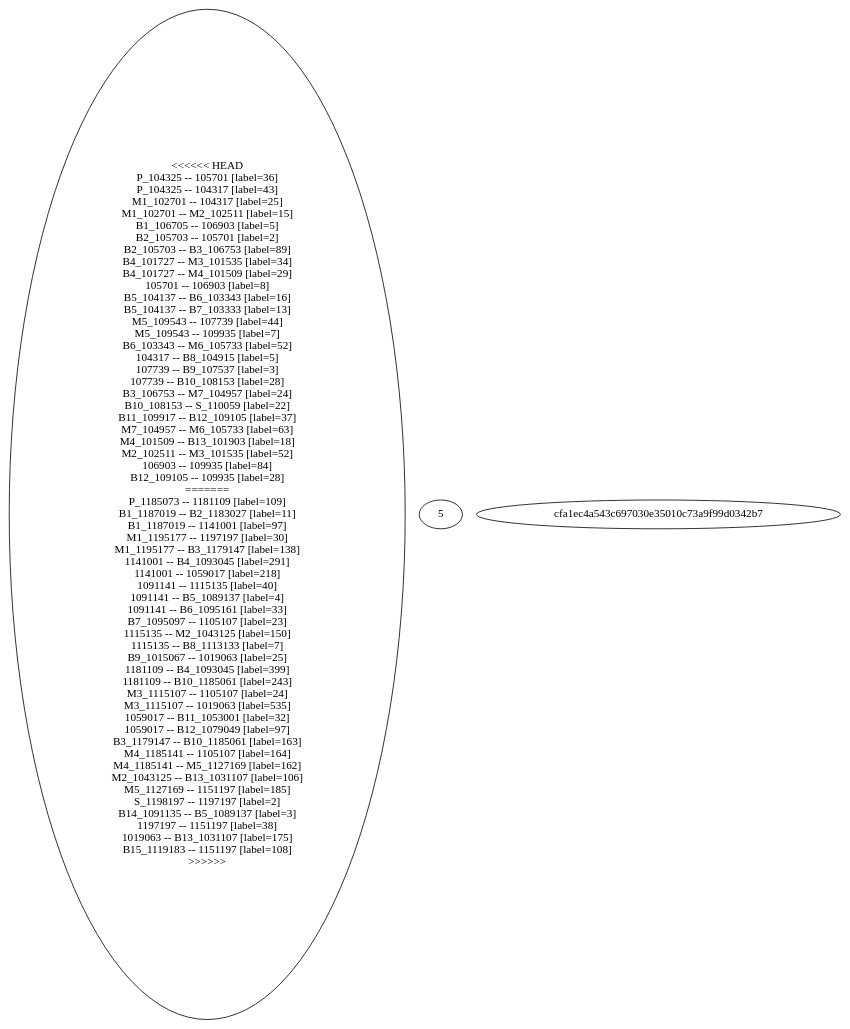
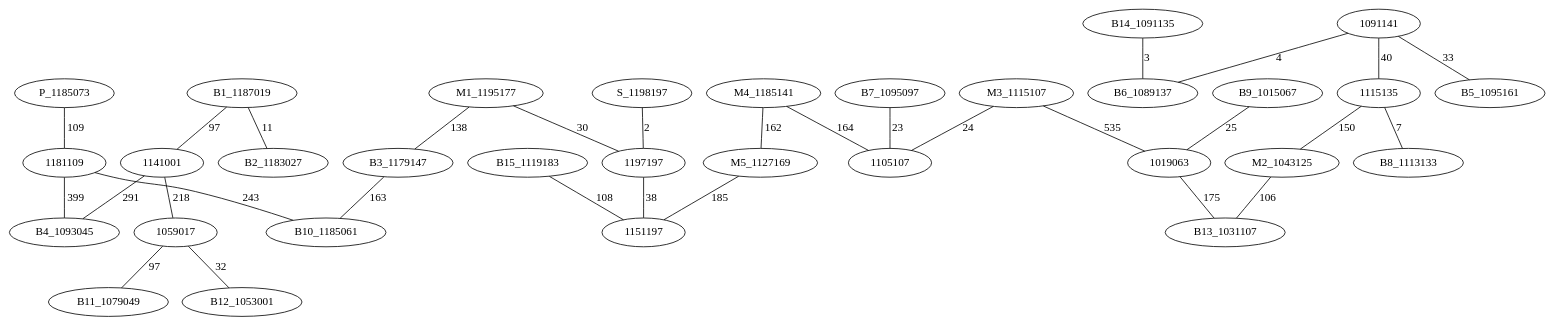
Before and after one commit to AsmNoob/Labyrinthe: the diagram in Graph.dot, drawn with Graphviz. The commit also changed 4 other files, not shown here.

```diff
--- a/Graph.dot
+++ b/Graph.dot
@@ -1,63 +1,34 @@
 graph chemin {
 
-<<<<<<< HEAD
-	P_104325 -- 105701 [label=36]
-	P_104325 -- 104317 [label=43]
-	M1_102701 -- 104317 [label=25]
-	M1_102701 -- M2_102511 [label=15]
-	B1_106705 -- 106903 [label=5]
-	B2_105703 -- 105701 [label=2]
-	B2_105703 -- B3_106753 [label=89]
-	B4_101727 -- M3_101535 [label=34]
-	B4_101727 -- M4_101509 [label=29]
-	105701 -- 106903 [label=8]
-	B5_104137 -- B6_103343 [label=16]
-	B5_104137 -- B7_103333 [label=13]
-	M5_109543 -- 107739 [label=44]
-	M5_109543 -- 109935 [label=7]
-	B6_103343 -- M6_105733 [label=52]
-	104317 -- B8_104915 [label=5]
-	107739 -- B9_107537 [label=3]
-	107739 -- B10_108153 [label=28]
-	B3_106753 -- M7_104957 [label=24]
-	B10_108153 -- S_110059 [label=22]
-	B11_109917 -- B12_109105 [label=37]
-	M7_104957 -- M6_105733 [label=63]
-	M4_101509 -- B13_101903 [label=18]
-	M2_102511 -- M3_101535 [label=52]
-	106903 -- 109935 [label=84]
-	B12_109105 -- 109935 [label=28]
-=======
 	P_1185073 -- 1181109 [label=109]
 	B1_1187019 -- B2_1183027 [label=11]
 	B1_1187019 -- 1141001 [label=97]
 	M1_1195177 -- 1197197 [label=30]
 	M1_1195177 -- B3_1179147 [label=138]
 	1141001 -- B4_1093045 [label=291]
 	1141001 -- 1059017 [label=218]
+	1091141 -- B5_1095161 [label=33]
+	1091141 -- B6_1089137 [label=4]
 	1091141 -- 1115135 [label=40]
-	1091141 -- B5_1089137 [label=4]
-	1091141 -- B6_1095161 [label=33]
 	B7_1095097 -- 1105107 [label=23]
+	1115135 -- B8_1113133 [label=7]
 	1115135 -- M2_1043125 [label=150]
-	1115135 -- B8_1113133 [label=7]
 	B9_1015067 -- 1019063 [label=25]
 	1181109 -- B4_1093045 [label=399]
 	1181109 -- B10_1185061 [label=243]
 	M3_1115107 -- 1105107 [label=24]
 	M3_1115107 -- 1019063 [label=535]
-	1059017 -- B11_1053001 [label=32]
-	1059017 -- B12_1079049 [label=97]
+	1059017 -- B11_1079049 [label=97]
+	1059017 -- B12_1053001 [label=32]
 	B3_1179147 -- B10_1185061 [label=163]
+	M4_1185141 -- M5_1127169 [label=162]
 	M4_1185141 -- 1105107 [label=164]
-	M4_1185141 -- M5_1127169 [label=162]
 	M2_1043125 -- B13_1031107 [label=106]
 	M5_1127169 -- 1151197 [label=185]
 	S_1198197 -- 1197197 [label=2]
-	B14_1091135 -- B5_1089137 [label=3]
+	B14_1091135 -- B6_1089137 [label=3]
 	1197197 -- 1151197 [label=38]
 	1019063 -- B13_1031107 [label=175]
 	B15_1119183 -- 1151197 [label=108]
->>>>>>> 5cfa1ec4a543c697030e35010c73a9f99d0342b7
 
 }
```
